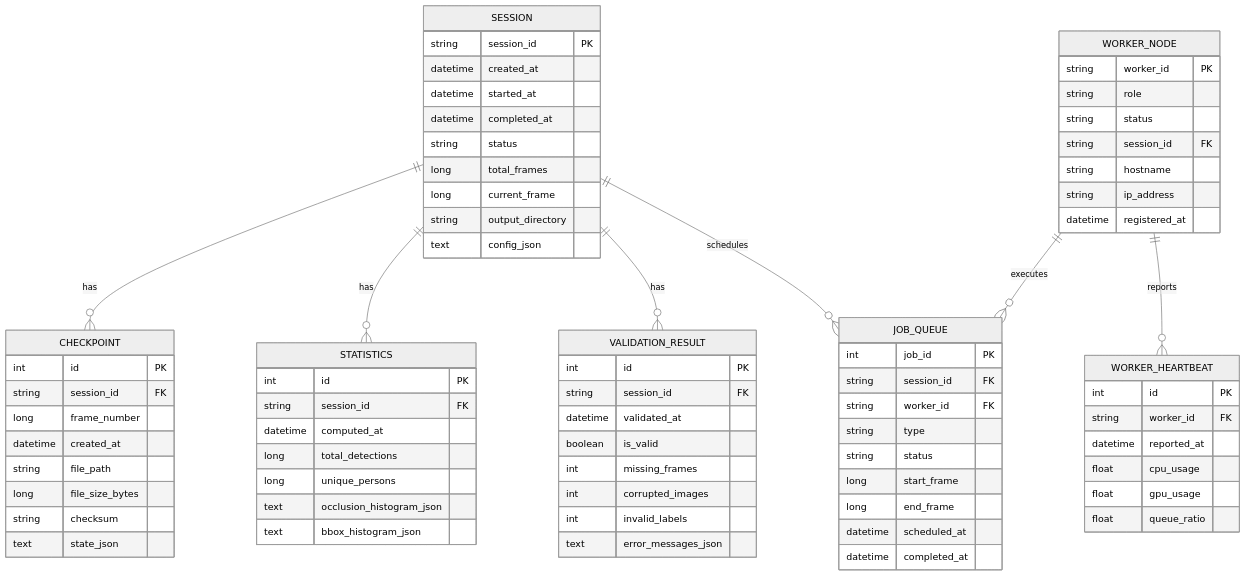
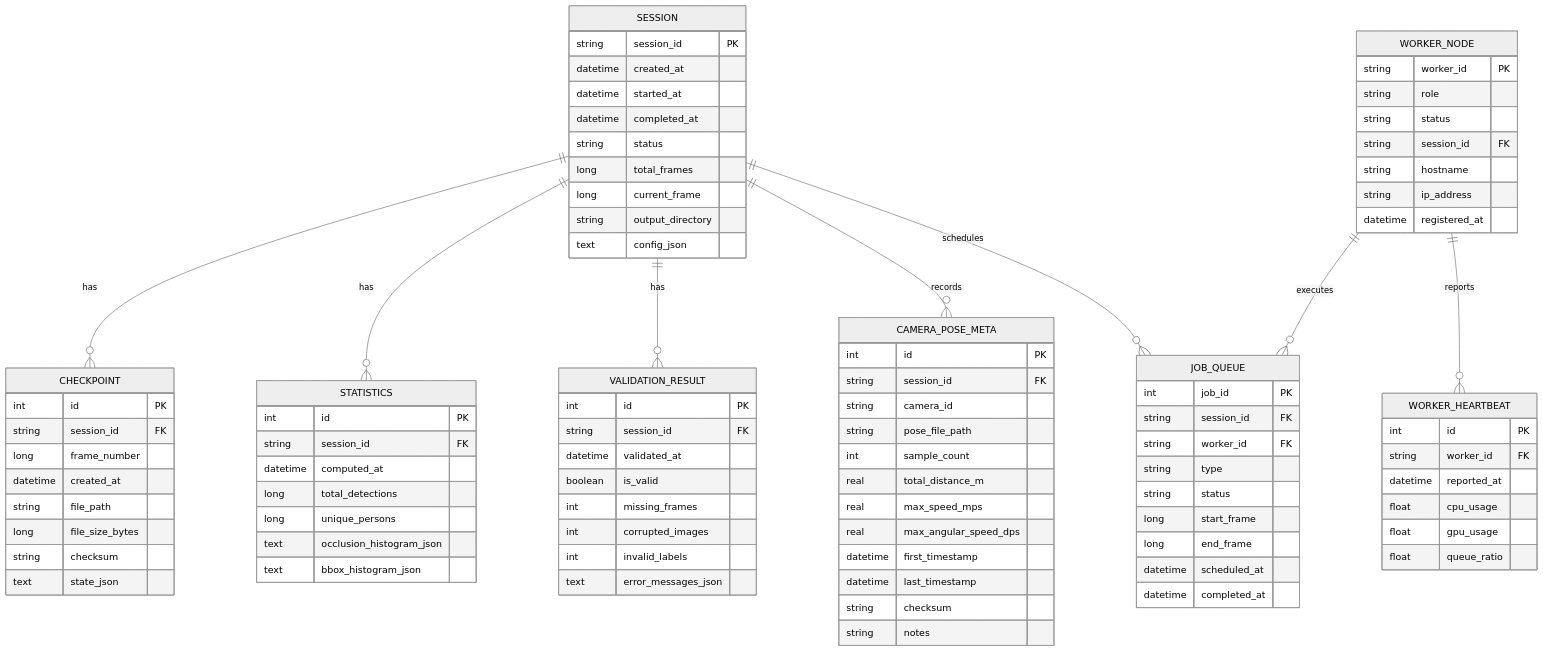
The first of 2 diagrams in docs/design/6_Database_Schema.md (JinRobotics/Forge), drawn with Mermaid (neutral theme) before and after one commit. The commit also changed other lines of this file and 18 other files, not shown here.

````diff
--- a/docs/design/6_Database_Schema.md
+++ b/docs/design/6_Database_Schema.md
@@ -60,6 +64,7 @@
     SESSION ||--o{ CHECKPOINT : has
     SESSION ||--o{ STATISTICS : has
     SESSION ||--o{ VALIDATION_RESULT : has
+    SESSION ||--o{ CAMERA_POSE_META : records
     SESSION ||--o{ JOB_QUEUE : schedules
     WORKER_NODE ||--o{ JOB_QUEUE : executes
     WORKER_NODE ||--o{ WORKER_HEARTBEAT : reports
@@ -138,4 +143,19 @@
         datetime scheduled_at
         datetime completed_at
     }
+
+    CAMERA_POSE_META {
+        int id PK
+        string session_id FK
+        string camera_id
+        string pose_file_path
+        int sample_count
+        real total_distance_m
+        real max_speed_mps
+        real max_angular_speed_dps
+        datetime first_timestamp
+        datetime last_timestamp
+        string checksum
+        string notes
+    }
 ```
````
